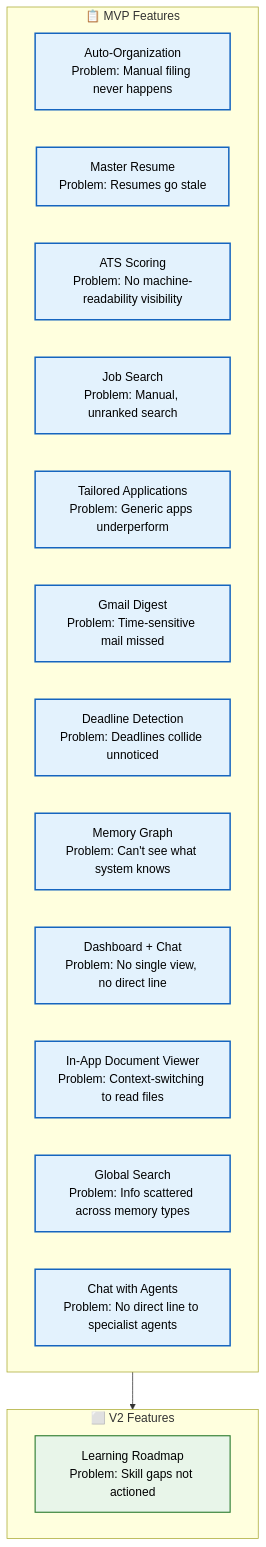
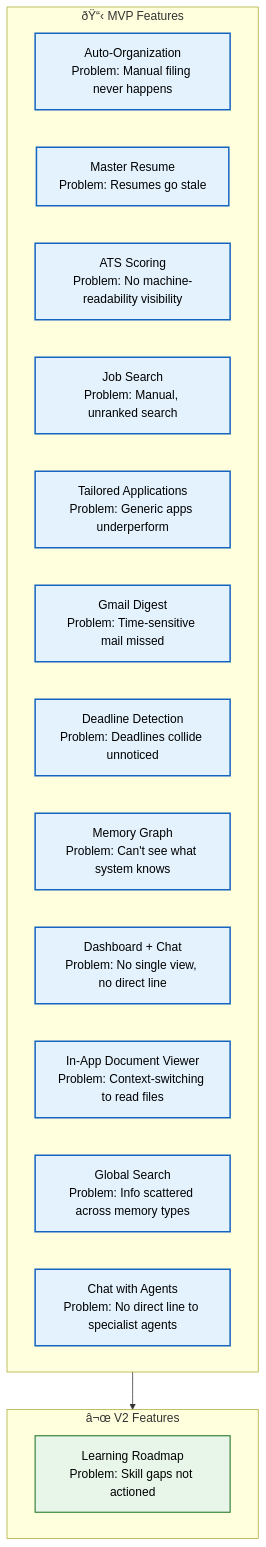
Before and after one commit to Driftloom/Vaeloom: the diagram in Docs/Product/Features.md, drawn with Mermaid. The commit also changed other lines of this file and 249 other files, not shown here.

````diff
--- a/Docs/Product/Features.md
+++ b/Docs/Product/Features.md
@@ -11,29 +11,29 @@
 ```mermaid
 graph TD
     classDef mvp fill:#e3f2fd,stroke:#1565c0,color:#000,stroke-width:2px
     classDef v2 fill:#e8f5e9,stroke:#2e7d32,color:#000,stroke-width:1.5px
 
-    subgraph MVP["📋 MVP Features"]
+    subgraph MVP["ðŸ“‹ MVP Features"]
         F1["Auto-Organization<br/>Problem: Manual filing never happens"]
         F2["Master Resume<br/>Problem: Resumes go stale"]
         F3["ATS Scoring<br/>Problem: No machine-readability visibility"]
         F4["Job Search<br/>Problem: Manual, unranked search"]
         F5["Tailored Applications<br/>Problem: Generic apps underperform"]
         F6["Gmail Digest<br/>Problem: Time-sensitive mail missed"]
         F7["Deadline Detection<br/>Problem: Deadlines collide unnoticed"]
         F8["Memory Graph<br/>Problem: Can't see what system knows"]
         F9["Dashboard + Chat<br/>Problem: No single view, no direct line"]
         F10["In-App Document Viewer<br/>Problem: Context-switching to read files"]
         F11["Global Search<br/>Problem: Info scattered across memory types"]
         F12["Chat with Agents<br/>Problem: No direct line to specialist agents"]
     end
 
-    subgraph V2["⬜ V2 Features"]
+    subgraph V2["â¬œ V2 Features"]
         V1["Learning Roadmap<br/>Problem: Skill gaps not actioned"]
     end
 
     MVP --> V2
 
     class F1,F2,F3,F4,F5,F6,F7,F8,F9,F10,F11,F12 mvp
     class V1 v2
 ```
````
